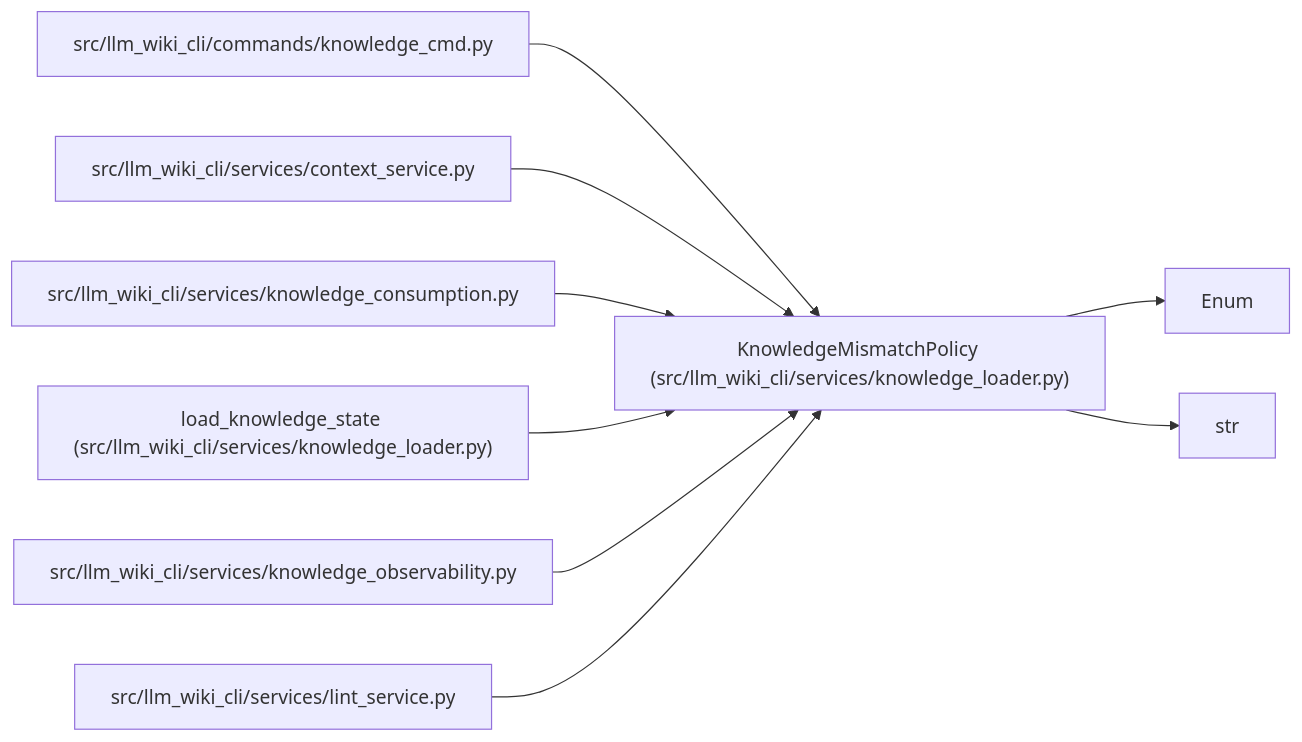
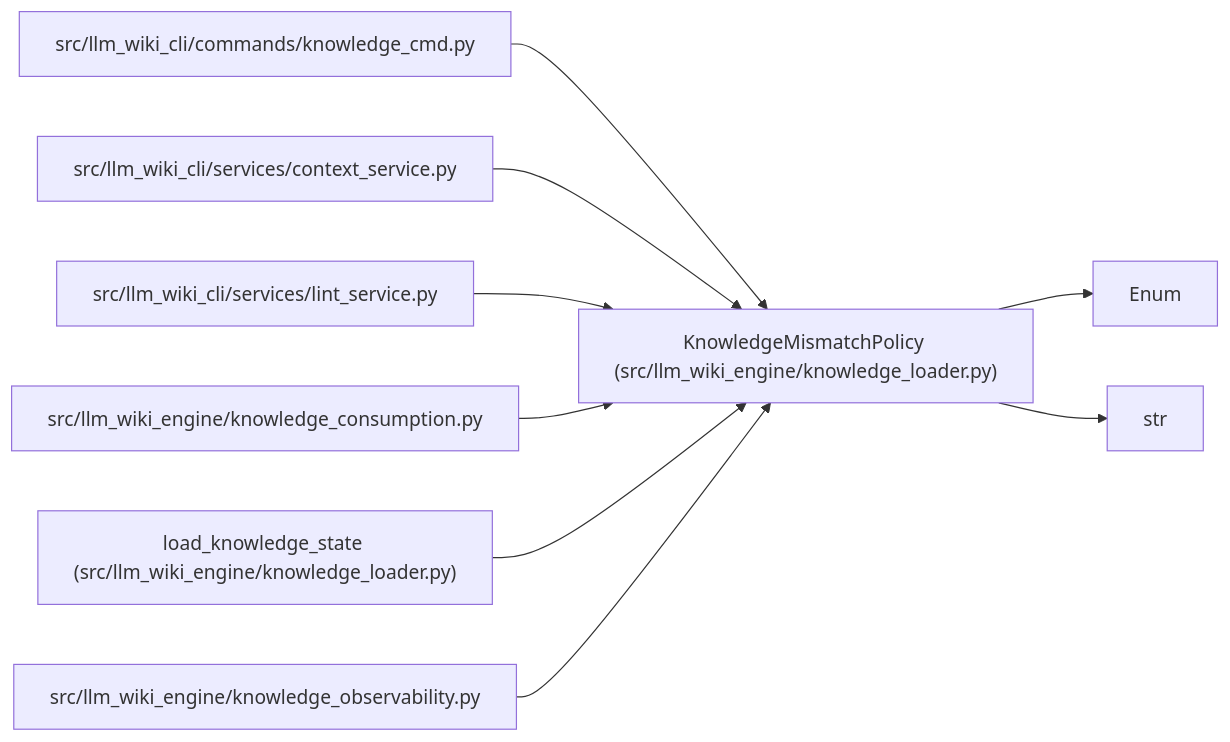
Before and after one commit to Denissvgn/python-wiki-llm: the diagram in docs/llm_wiki/entities/KnowledgeMismatchPolicy.md, drawn with Mermaid. The commit also changed other lines of this file and 1058 other files, not shown here.

First line of the commit message:
docs: refresh the wiki for the knowledge store move

````diff
--- a/docs/llm_wiki/entities/KnowledgeMismatchPolicy.md
+++ b/docs/llm_wiki/entities/KnowledgeMismatchPolicy.md
@@ -27,27 +27,27 @@
 ```mermaid
 flowchart LR
-    n0["KnowledgeMismatchPolicy (src/llm_wiki_cli/services/knowledge_loader.py)"]
+    n0["KnowledgeMismatchPolicy (src/llm_wiki_engine/knowledge_loader.py)"]
     n1["Enum"]
     n2["str"]
     n3["src/llm_wiki_cli/commands/knowledge_cmd.py"]
     n4["src/llm_wiki_cli/services/context_service.py"]
-    n5["src/llm_wiki_cli/services/knowledge_consumption.py"]
-    n6["load_knowledge_state (src/llm_wiki_cli/services/knowledge_loader.py)"]
-    n7["src/llm_wiki_cli/services/knowledge_observability.py"]
-    n8["src/llm_wiki_cli/services/lint_service.py"]
+    n5["src/llm_wiki_cli/services/lint_service.py"]
+    n6["src/llm_wiki_engine/knowledge_consumption.py"]
+    n7["load_knowledge_state (src/llm_wiki_engine/knowledge_loader.py)"]
+    n8["src/llm_wiki_engine/knowledge_observability.py"]
     n0 --> n1
     n0 --> n2
     n3 --> n0
     n4 --> n0
     n5 --> n0
     n6 --> n0
     n7 --> n0
     n8 --> n0
     click n0 "../modules/knowledge_loader.md"
     click n3 "../modules/knowledge_cmd.md"
     click n4 "../modules/context_service.md"
-    click n5 "../modules/knowledge_consumption.md"
-    click n6 "../modules/knowledge_loader.md"
-    click n7 "../modules/knowledge_observability.md"
-    click n8 "../modules/lint_service.md"
+    click n5 "../modules/lint_service.md"
+    click n6 "../modules/knowledge_consumption.md"
+    click n7 "../modules/knowledge_loader.md"
+    click n8 "../modules/knowledge_observability.md"
 ```
````
